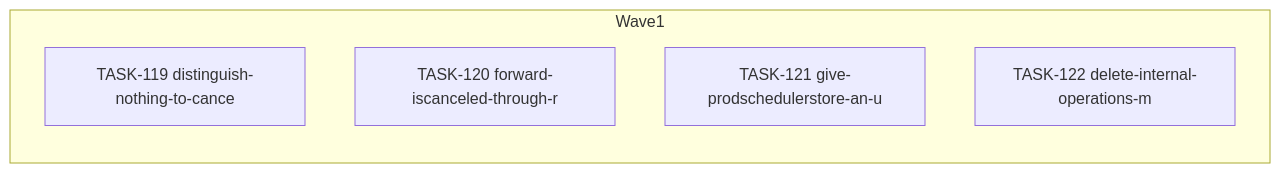
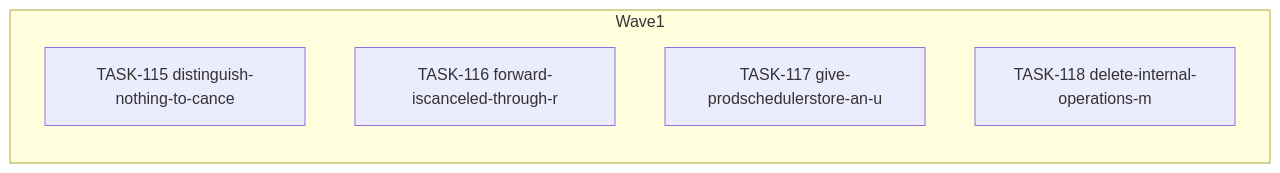
The diagram in docs/agent-tasks/todo-completion/operations/orchestration.md (falkcorp/audiobook-organizer), drawn with Mermaid before and after one commit. The commit also changed other lines of this file and 406 other files, not shown here.

````diff
--- a/docs/agent-tasks/todo-completion/operations/orchestration.md
+++ b/docs/agent-tasks/todo-completion/operations/orchestration.md
@@ -12,10 +12,10 @@
 ```mermaid
 flowchart LR
     subgraph Wave1
-      TASK119[TASK-119 distinguish-nothing-to-cance]
-      TASK120[TASK-120 forward-iscanceled-through-r]
-      TASK121[TASK-121 give-prodschedulerstore-an-u]
-      TASK122[TASK-122 delete-internal-operations-m]
+      TASK115[TASK-115 distinguish-nothing-to-cance]
+      TASK116[TASK-116 forward-iscanceled-through-r]
+      TASK117[TASK-117 give-prodschedulerstore-an-u]
+      TASK118[TASK-118 delete-internal-operations-m]
     end
 
 ```
````
